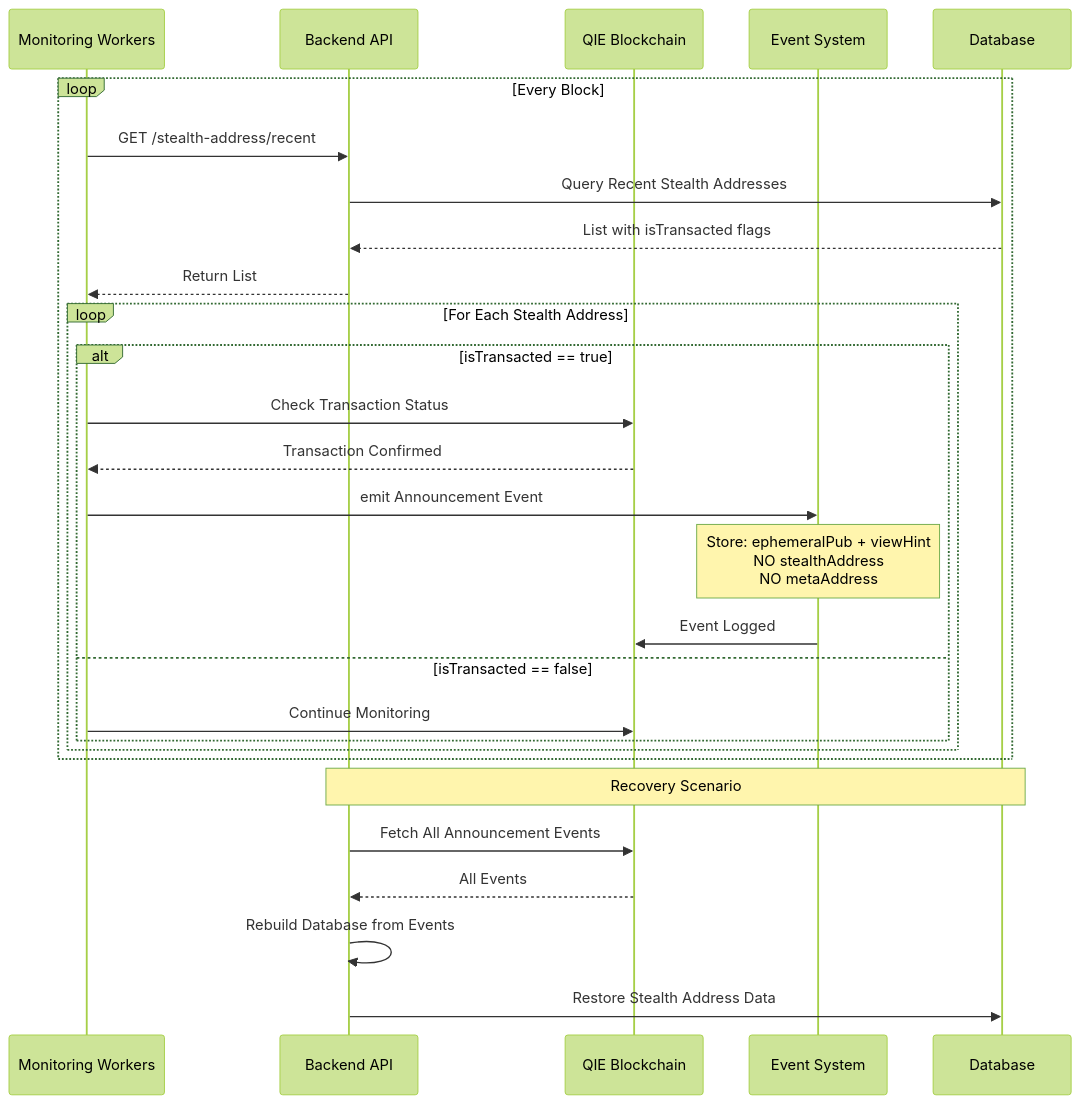
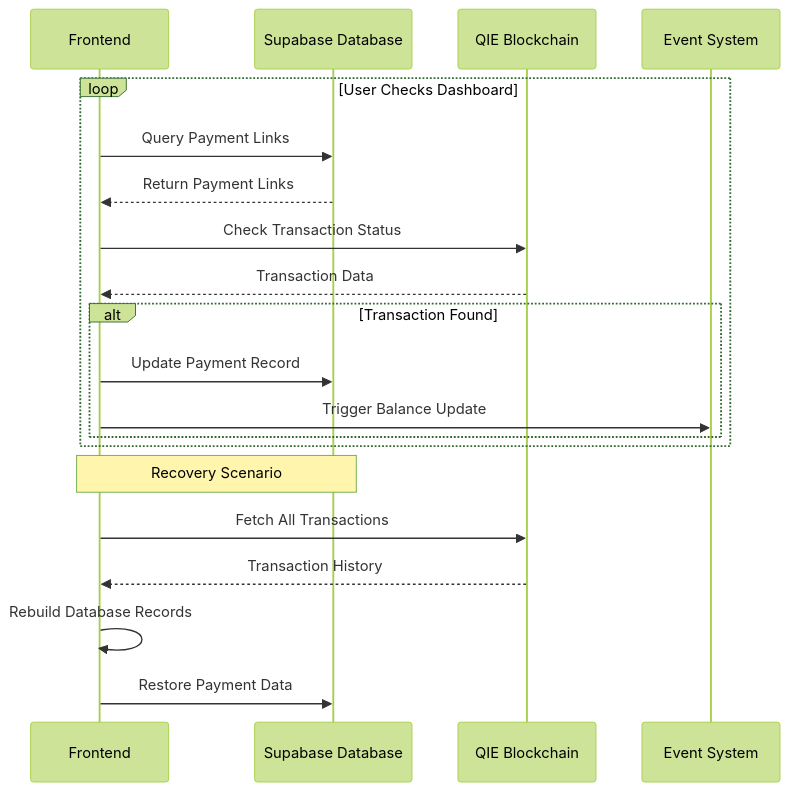
Before and after one commit to AmaanSayyad/Private-Pay-QIE: the fifth of 8 diagrams in README.md, drawn with Mermaid (forest theme). The commit also changed other lines of this file, not shown here.

````diff
--- a/README.md
+++ b/README.md
@@ -435,33 +421,26 @@
 ```mermaid
 sequenceDiagram
-    participant Workers as Monitoring Workers
-    participant Backend as Backend API
+    participant Frontend
+    participant Supabase as Supabase Database
     participant QIE as QIE Blockchain
     participant Events as Event System
-    participant DB as Database
     
-    loop Every Block
-        Workers->>Backend: GET /stealth-address/recent
-        Backend->>DB: Query Recent Stealth Addresses
-        DB-->>Backend: List with isTransacted flags
-        Backend-->>Workers: Return List
+    loop User Checks Dashboard
+        Frontend->>Supabase: Query Payment Links
+        Supabase-->>Frontend: Return Payment Links
         
-        loop For Each Stealth Address
-            alt isTransacted == true
-                Workers->>QIE: Check Transaction Status
-                QIE-->>Workers: Transaction Confirmed
-                Workers->>Events: emit Announcement Event
-                Note over Events: Store: ephemeralPub + viewHint<br/>NO stealthAddress<br/>NO metaAddress
-                Events->>QIE: Event Logged
-            else isTransacted == false
-                Workers->>QIE: Continue Monitoring
-            end
+        Frontend->>QIE: Check Transaction Status
+        QIE-->>Frontend: Transaction Data
+        
+        alt Transaction Found
+            Frontend->>Supabase: Update Payment Record
+            Frontend->>Events: Trigger Balance Update
         end
     end
     
-    Note over Backend,DB: Recovery Scenario
-    Backend->>QIE: Fetch All Announcement Events
-    QIE-->>Backend: All Events
-    Backend->>Backend: Rebuild Database from Events
-    Backend->>DB: Restore Stealth Address Data
+    Note over Frontend,Supabase: Recovery Scenario
+    Frontend->>QIE: Fetch All Transactions
+    QIE-->>Frontend: Transaction History
+    Frontend->>Frontend: Rebuild Database Records
+    Frontend->>Supabase: Restore Payment Data
 ```
````
